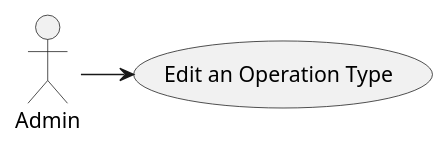
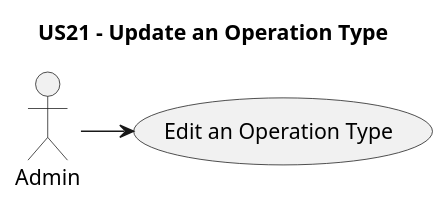
The diagram in docs/sprintA/global-artifacts/Level 1/Vista de Cenário/US5.1.21.puml (Ana6363/BackOffice), drawn with PlantUML before and after one commit. The commit also changed 17 other files, not shown here.

```diff
--- a/docs/sprintA/global-artifacts/Level 1/Vista de Cenário/US5.1.21.puml
+++ b/docs/sprintA/global-artifacts/Level 1/Vista de Cenário/US5.1.21.puml
@@ -1,10 +1,13 @@
 @startuml
 'https://plantuml.com/use-case-diagram
+
+title US21 - Update an Operation Type
+
 
 :Admin: as Actor
 
 
 Actor -> (Edit an Operation Type)
 
 
 @enduml
```
